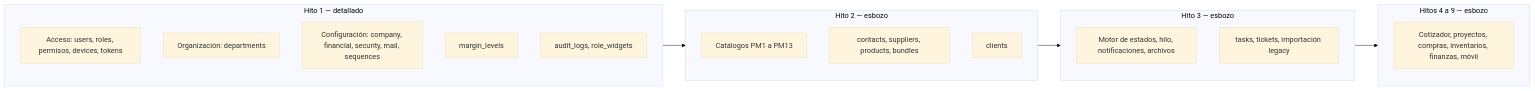
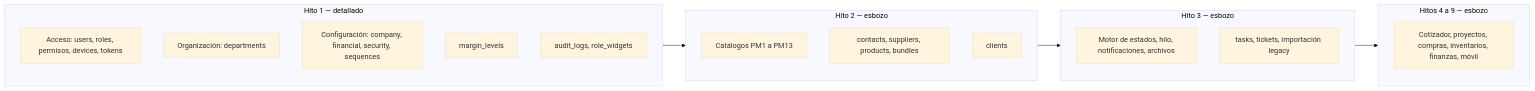
Before and after one commit to rudypalacios/soltec: the diagram in docs/arquitectura/erd/README.md, drawn with Mermaid (base theme). The commit also changed 43 other files, not shown here.

````diff
--- a/docs/arquitectura/erd/README.md
+++ b/docs/arquitectura/erd/README.md
@@ -52,23 +52,23 @@
 ```mermaid
 flowchart LR
     subgraph H1[Hito 1 — detallado]
         A[Acceso: users, roles, permisos, devices, tokens]
         O[Organización: departments]
-        C[Configuración: company, financial, security, mail, sequences]
+        C[Configuración: company, financial, security, sequences]
         M[margin_levels]
         U[audit_logs, role_widgets]
     end
     subgraph H2[Hito 2 — esbozo]
         K[Catálogos PM1 a PM13]
         P[contacts, suppliers, products, bundles]
         L[clients]
     end
     subgraph H3[Hito 3 — esbozo]
         S[Motor de estados, hilo, notificaciones, archivos]
         T[tasks, tickets, importación legacy]
     end
     subgraph H49[Hitos 4 a 9 — esbozo]
         Q[Cotizador, proyectos, compras, inventarios, finanzas, móvil]
     end
     H1 --> H2 --> H3 --> H49
 ```
````
